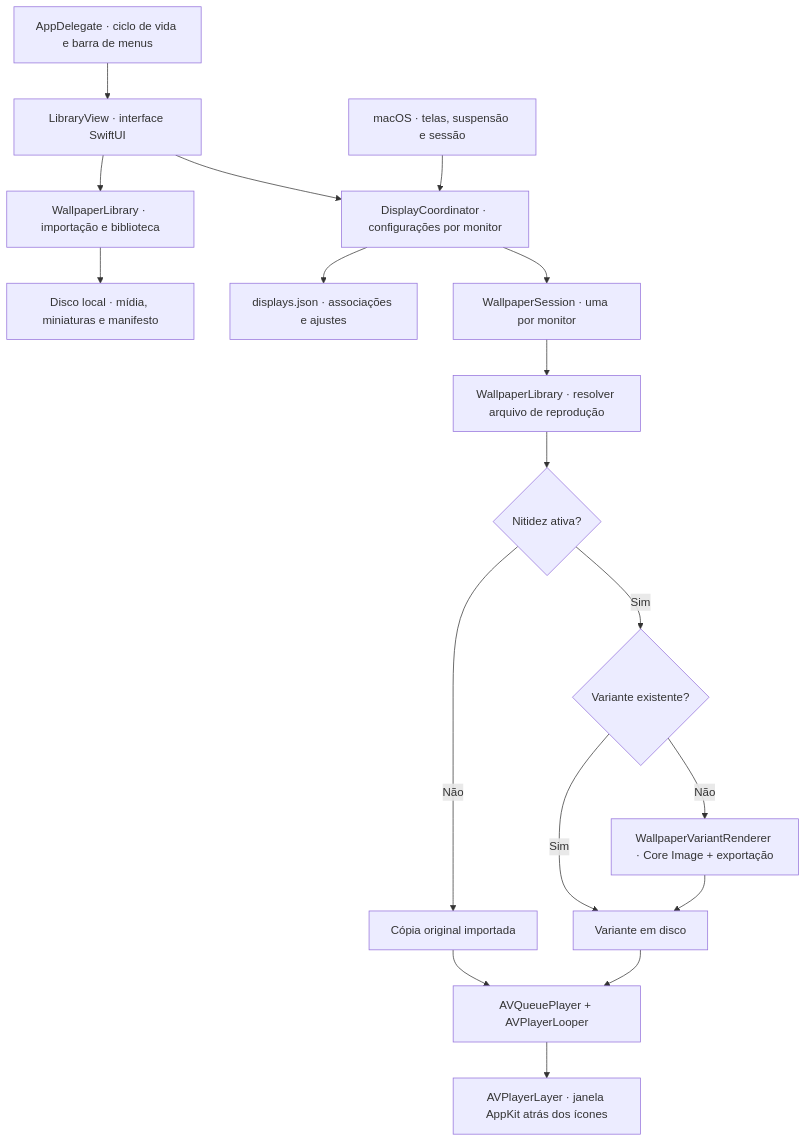
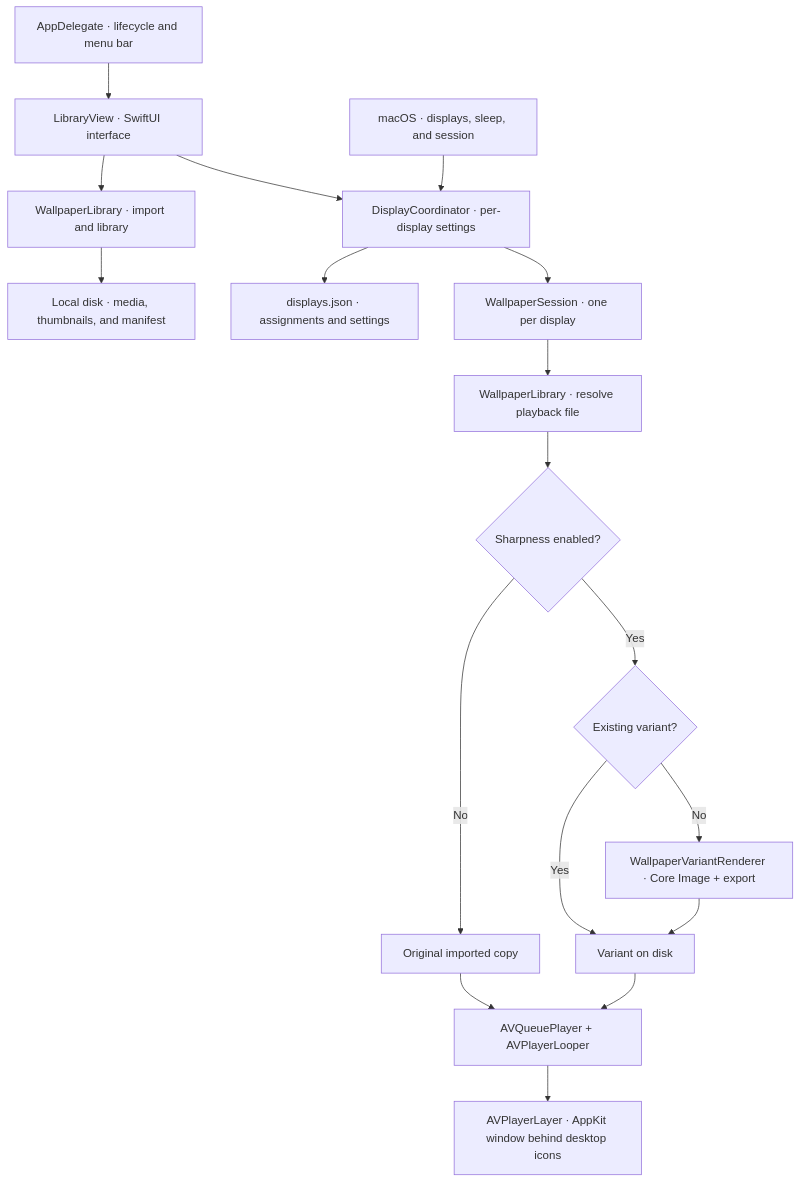
Before and after one commit to marcioecom/waypaper: the diagram in README.md, drawn with Mermaid. The commit also changed other lines of this file and 1 other file, not shown here.

````diff
--- a/README.md
+++ b/README.md
@@ -112,20 +116,20 @@
 ```mermaid
 flowchart TD
-    App["AppDelegate · ciclo de vida e barra de menus"] --> UI["LibraryView · interface SwiftUI"]
-    UI --> Library["WallpaperLibrary · importação e biblioteca"]
-    UI --> Coordinator["DisplayCoordinator · configurações por monitor"]
-    Library --> Files["Disco local · mídia, miniaturas e manifesto"]
-    Coordinator --> Settings["displays.json · associações e ajustes"]
-    OS["macOS · telas, suspensão e sessão"] --> Coordinator
-    Coordinator --> Session["WallpaperSession · uma por monitor"]
-    Session --> Resolve["WallpaperLibrary · resolver arquivo de reprodução"]
-    Resolve --> Choice{"Nitidez ativa?"}
-    Choice -->|Não| Original["Cópia original importada"]
-    Choice -->|Sim| Cache{"Variante existente?"}
-    Cache -->|Sim| Variant["Variante em disco"]
-    Cache -->|Não| Render["WallpaperVariantRenderer · Core Image + exportação"]
+    App["AppDelegate · lifecycle and menu bar"] --> UI["LibraryView · SwiftUI interface"]
+    UI --> Library["WallpaperLibrary · import and library"]
+    UI --> Coordinator["DisplayCoordinator · per-display settings"]
+    Library --> Files["Local disk · media, thumbnails, and manifest"]
+    Coordinator --> Settings["displays.json · assignments and settings"]
+    OS["macOS · displays, sleep, and session"] --> Coordinator
+    Coordinator --> Session["WallpaperSession · one per display"]
+    Session --> Resolve["WallpaperLibrary · resolve playback file"]
+    Resolve --> Choice{"Sharpness enabled?"}
+    Choice -->|No| Original["Original imported copy"]
+    Choice -->|Yes| Cache{"Existing variant?"}
+    Cache -->|Yes| Variant["Variant on disk"]
+    Cache -->|No| Render["WallpaperVariantRenderer · Core Image + export"]
     Render --> Variant
     Original --> Player["AVQueuePlayer + AVPlayerLooper"]
     Variant --> Player
-    Player --> Desktop["AVPlayerLayer · janela AppKit atrás dos ícones"]
+    Player --> Desktop["AVPlayerLayer · AppKit window behind desktop icons"]
 ```
````
